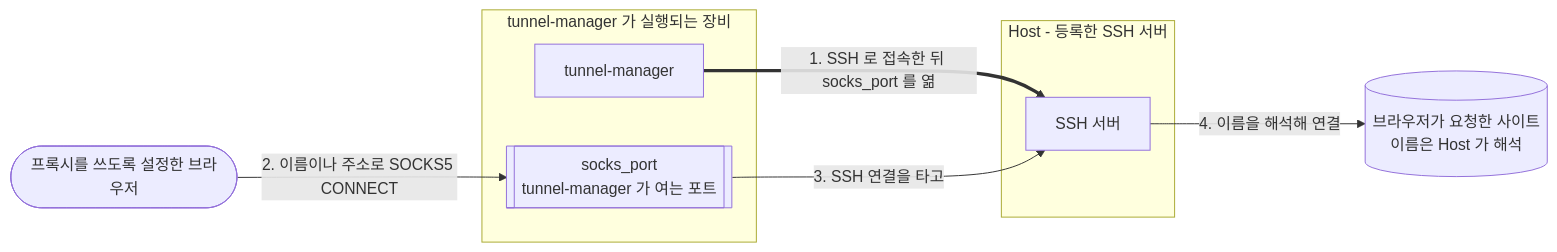
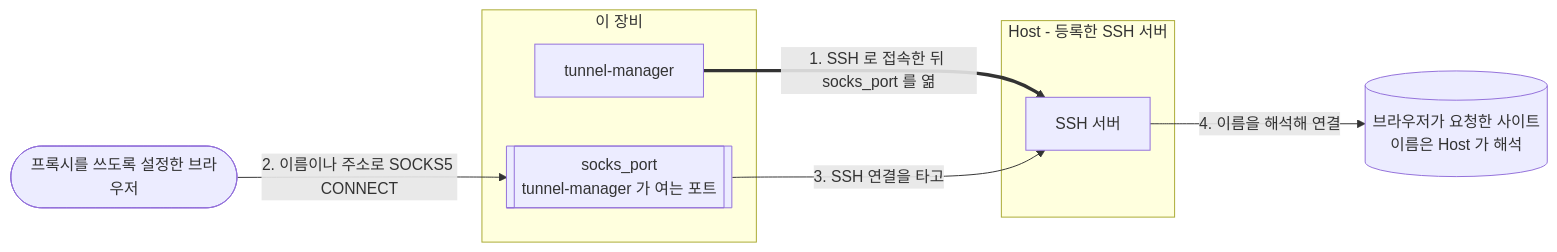
Before and after one commit to jollaman999/tunnel-manager: the third of 3 diagrams in docs/reference.ko.md, drawn with Mermaid. The commit also changed other lines of this file and 3 other files, not shown here.

````diff
--- a/docs/reference.ko.md
+++ b/docs/reference.ko.md
@@ -370,17 +370,17 @@
 ```mermaid
 flowchart LR
     browser([프록시를 쓰도록 설정한 브라우저])
-    subgraph here [tunnel-manager 가 실행되는 장비]
+    subgraph here [이 장비]
         port[["socks_port<br/>tunnel-manager 가 여는 포트"]]
         tm[tunnel-manager]
     end
     subgraph host [Host - 등록한 SSH 서버]
         sshd[SSH 서버]
     end
     target[("브라우저가 요청한 사이트<br/>이름은 Host 가 해석")]
 
     tm ==>|"1. SSH 로 접속한 뒤 socks_port 를 엶"| sshd
     browser -->|"2. 이름이나 주소로 SOCKS5 CONNECT"| port
     port -->|"3. SSH 연결을 타고"| sshd
     sshd -->|"4. 이름을 해석해 연결"| target
 ```
````
